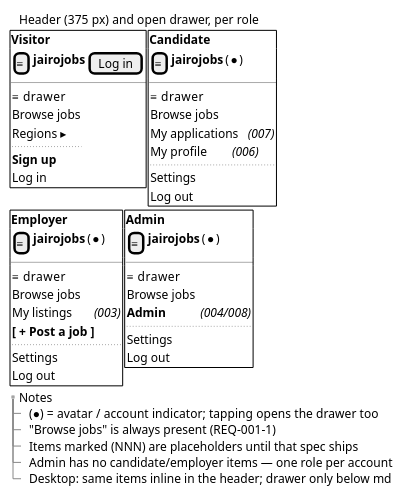
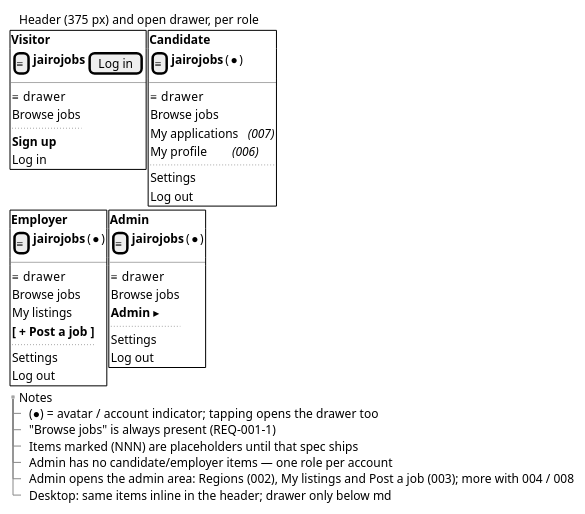
Before and after one commit to raseniero/jairojobs-elixir: the diagram in docs/specs/001-accounts-authentication/diagrams/wireframe-nav.puml, drawn with PlantUML. The commit also changed 14 other files, not shown here.

Commit message:
docs: bring spec 001-003 diagrams in line with the app

```diff
--- a/docs/specs/001-accounts-authentication/diagrams/wireframe-nav.puml
+++ b/docs/specs/001-accounts-authentication/diagrams/wireframe-nav.puml
@@ -1,69 +1,70 @@
 @startsalt wireframe-nav
 ' Spec 001 — role-aware navigation at phone width (REQ-001-12).
 ' Four variants of the same header; the drawer opens from the ☰ button.
 ' Wireframe only — not a visual design.
+' Updated 2026-11-12: Employer items are live (spec 003); Admin links to the admin area (spec 002).
 
 {
   {T
     + Header (375 px) and open drawer, per role
   }
   {
     {+ <b>Visitor</b>
       { [≡] | <b>jairojobs</b> | [Log in] }
       --
       { ≡ drawer
         | Browse jobs
-        | Regions ▸
         | ..
         | <b>Sign up</b>
         | Log in
       }
     } |
     {+ <b>Candidate</b>
       { [≡] | <b>jairojobs</b> | (●) }
       --
       { ≡ drawer
         | Browse jobs
         | My applications   <i>(007)</i>
         | My profile        <i>(006)</i>
         | ..
         | Settings
         | Log out
       }
     }
   }
   {
     {+ <b>Employer</b>
       { [≡] | <b>jairojobs</b> | (●) }
       --
       { ≡ drawer
         | Browse jobs
-        | My listings       <i>(003)</i>
+        | My listings
         | <b>[ + Post a job ]</b>
         | ..
         | Settings
         | Log out
       }
     } |
     {+ <b>Admin</b>
       { [≡] | <b>jairojobs</b> | (●) }
       --
       { ≡ drawer
         | Browse jobs
-        | <b>Admin</b>           <i>(004/008)</i>
+        | <b>Admin</b> ▸
         | ..
         | Settings
         | Log out
       }
     }
   }
   {T
     + Notes
     ++ (●) = avatar / account indicator; tapping opens the drawer too
     ++ "Browse jobs" is always present (REQ-001-1)
     ++ Items marked (NNN) are placeholders until that spec ships
     ++ Admin has no candidate/employer items — one role per account
+    ++ Admin opens the admin area: Regions (002), My listings and Post a job (003); more with 004 / 008
     ++ Desktop: same items inline in the header; drawer only below md
   }
 }
 @endsalt
```
